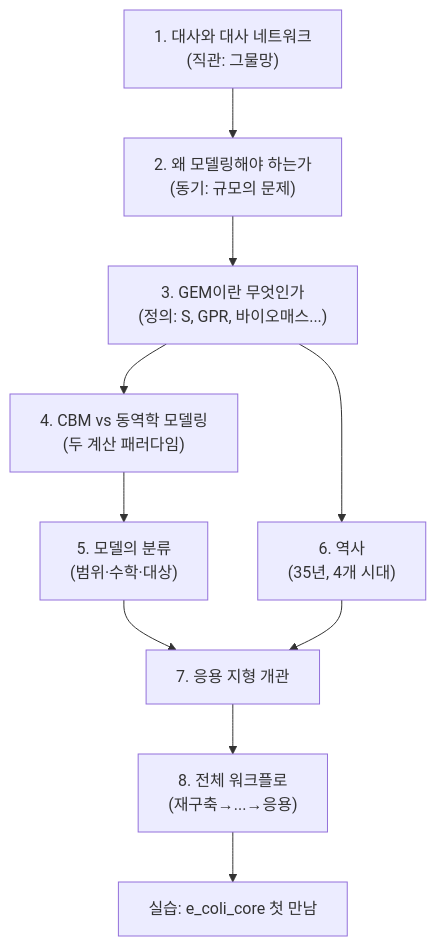
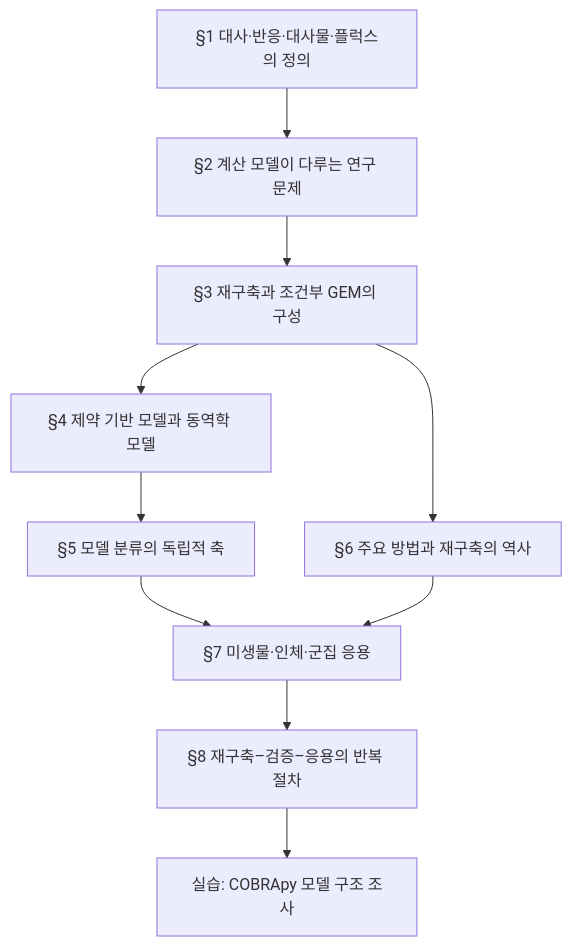
One commit to jyryu3161/ebook_metabolic_modeling changed the diagram in chapter-1/README.md. Above: the diagram before and after it, drawn with Mermaid. The commit also changed other lines of this file and 92 other files, not shown here.

````diff
--- a/chapter-1/README.md
+++ b/chapter-1/README.md
@@ -28,12 +18,12 @@
 ```mermaid
 flowchart TD
-    S1["1. 대사와 대사 네트워크<br/>(직관: 그물망)"] --> S2["2. 왜 모델링해야 하는가<br/>(동기: 규모의 문제)"]
-    S2 --> S3["3. GEM이란 무엇인가<br/>(정의: S, GPR, 바이오매스...)"]
-    S3 --> S4["4. CBM vs 동역학 모델링<br/>(두 계산 패러다임)"]
-    S4 --> S5["5. 모델의 분류<br/>(범위·수학·대상)"]
-    S3 --> S6["6. 역사<br/>(35년, 4개 시대)"]
-    S5 --> S7["7. 응용 지형 개관"]
+    S1["§1 대사·반응·대사물·플럭스의 정의"] --> S2["§2 계산 모델이 다루는 연구 문제"]
+    S2 --> S3["§3 재구축과 조건부 GEM의 구성"]
+    S3 --> S4["§4 제약 기반 모델과 동역학 모델"]
+    S4 --> S5["§5 모델 분류의 독립적 축"]
+    S3 --> S6["§6 주요 방법과 재구축의 역사"]
+    S5 --> S7["§7 미생물·인체·군집 응용"]
     S6 --> S7
-    S7 --> S8["8. 전체 워크플로<br/>(재구축→...→응용)"]
-    S8 --> LAB["실습: e_coli_core 첫 만남"]
+    S7 --> S8["§8 재구축–검증–응용의 반복 절차"]
+    S8 --> LAB["실습: COBRApy 모델 구조 조사"]
 ```
````
